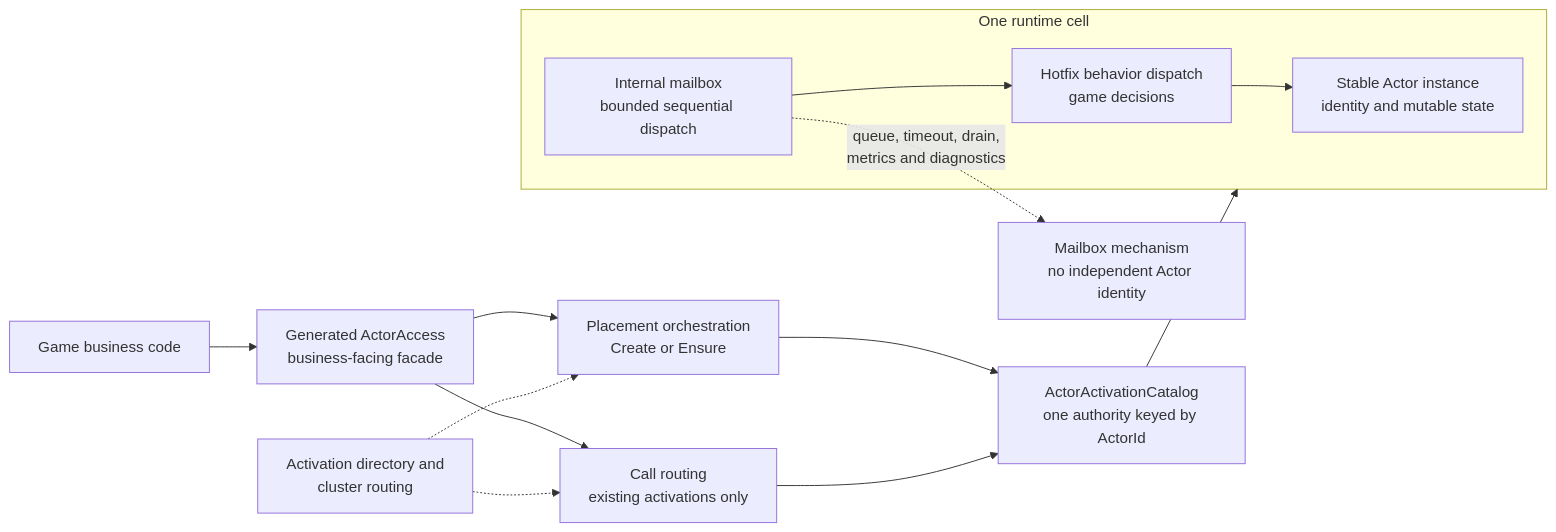
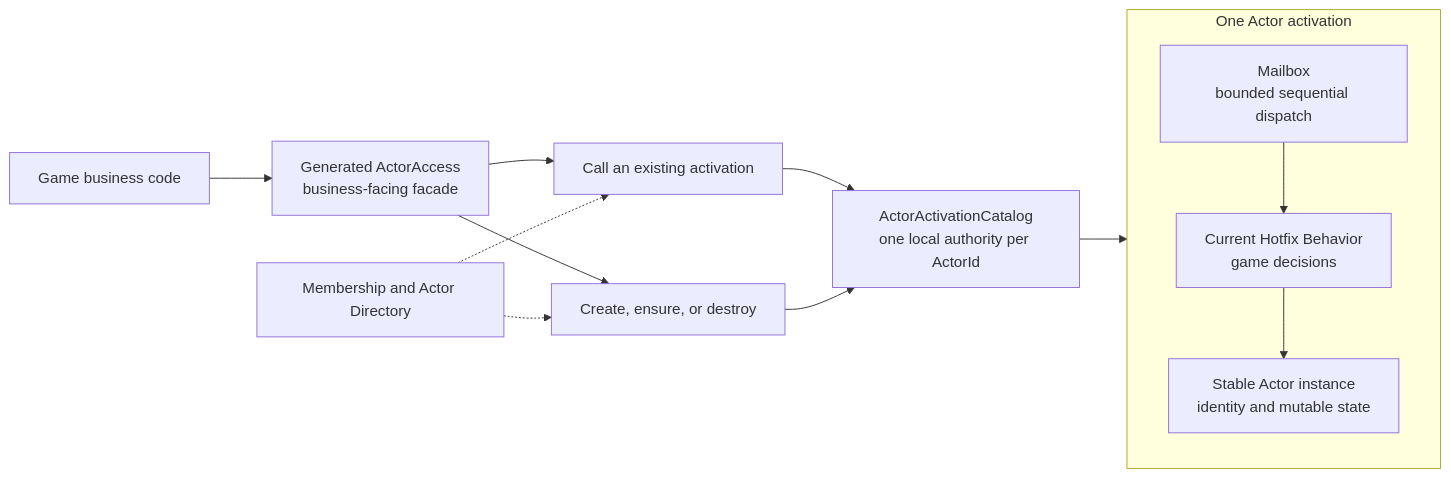
The first of 2 diagrams in docs/actor.md (bruce48x/Lakona), drawn with Mermaid before and after one commit. The commit also changed other lines of this file and 6 other files, not shown here.

````diff
--- a/docs/actor.md
+++ b/docs/actor.md
@@ -35,21 +33,19 @@
 ```mermaid
 flowchart LR
     B["Game business code"] --> A["Generated ActorAccess<br/>business-facing facade"]
-    A --> Q["Call routing<br/>existing activations only"]
-    A --> P["Placement orchestration<br/>Create or Ensure"]
-    P --> R["ActorActivationCatalog<br/>one authority keyed by ActorId"]
-    Q --> R
+    A --> Q["Call an existing activation"]
+    A --> P["Create, ensure, or destroy"]
+    Q --> C["ActorActivationCatalog<br/>one local authority per ActorId"]
+    P --> C
 
-    subgraph Cell["One runtime cell"]
+    subgraph Cell["One Actor activation"]
         S["Stable Actor instance<br/>identity and mutable state"]
-        M["Internal mailbox<br/>bounded sequential dispatch"]
-        D["Hotfix behavior dispatch<br/>game decisions"]
-        M --> D
-        D --> S
+        M["Mailbox<br/>bounded sequential dispatch"]
+        H["Current Hotfix Behavior<br/>game decisions"]
+        M --> H --> S
     end
 
-    R --> Cell
-    C["Activation directory and<br/>cluster routing"] -.-> Q
-    C -.-> P
-    M -.->|"queue, timeout, drain,<br/>metrics and diagnostics"| X["Mailbox mechanism<br/>no independent Actor identity"]
+    C --> Cell
+    D["Membership and Actor Directory"] -.-> Q
+    D -.-> P
 ```
````
